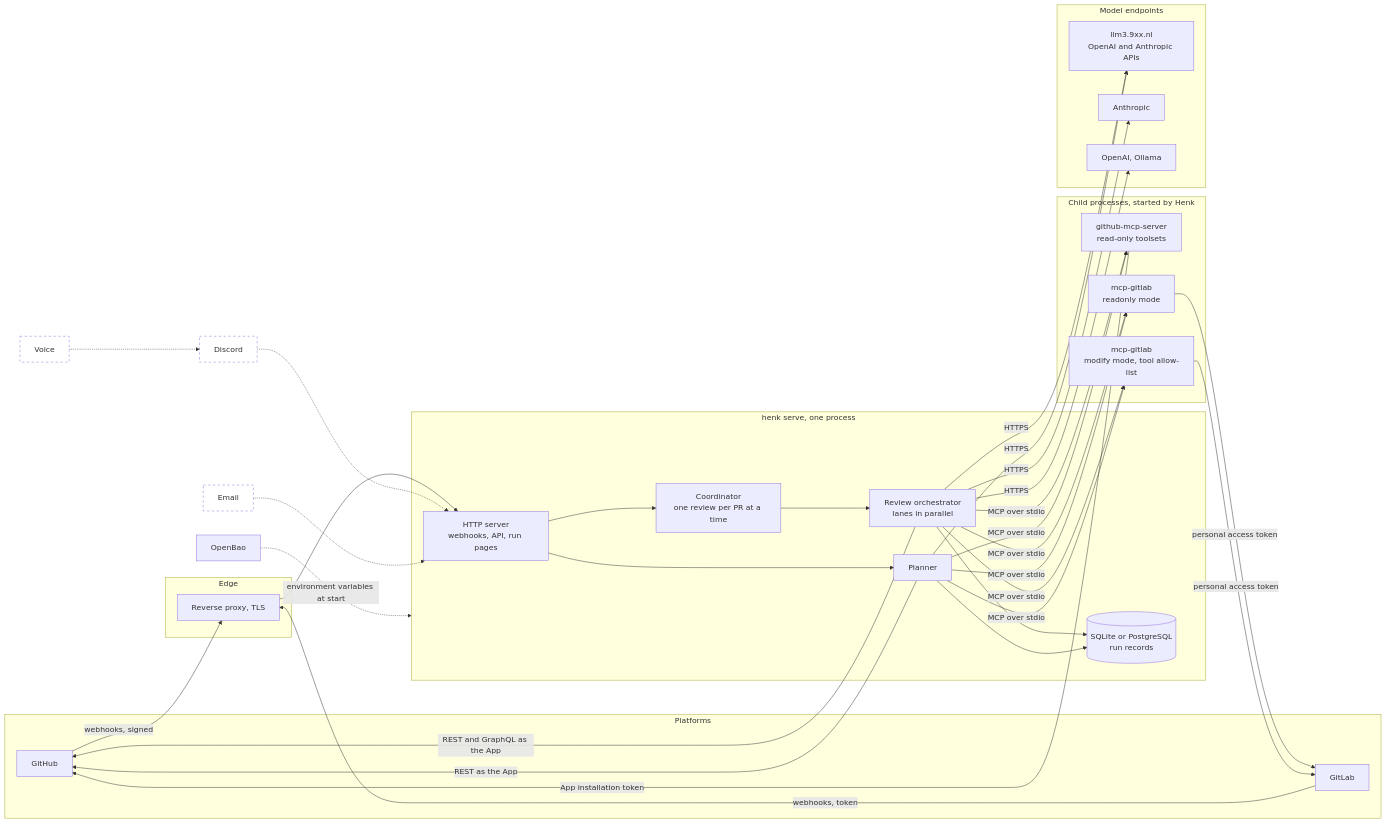
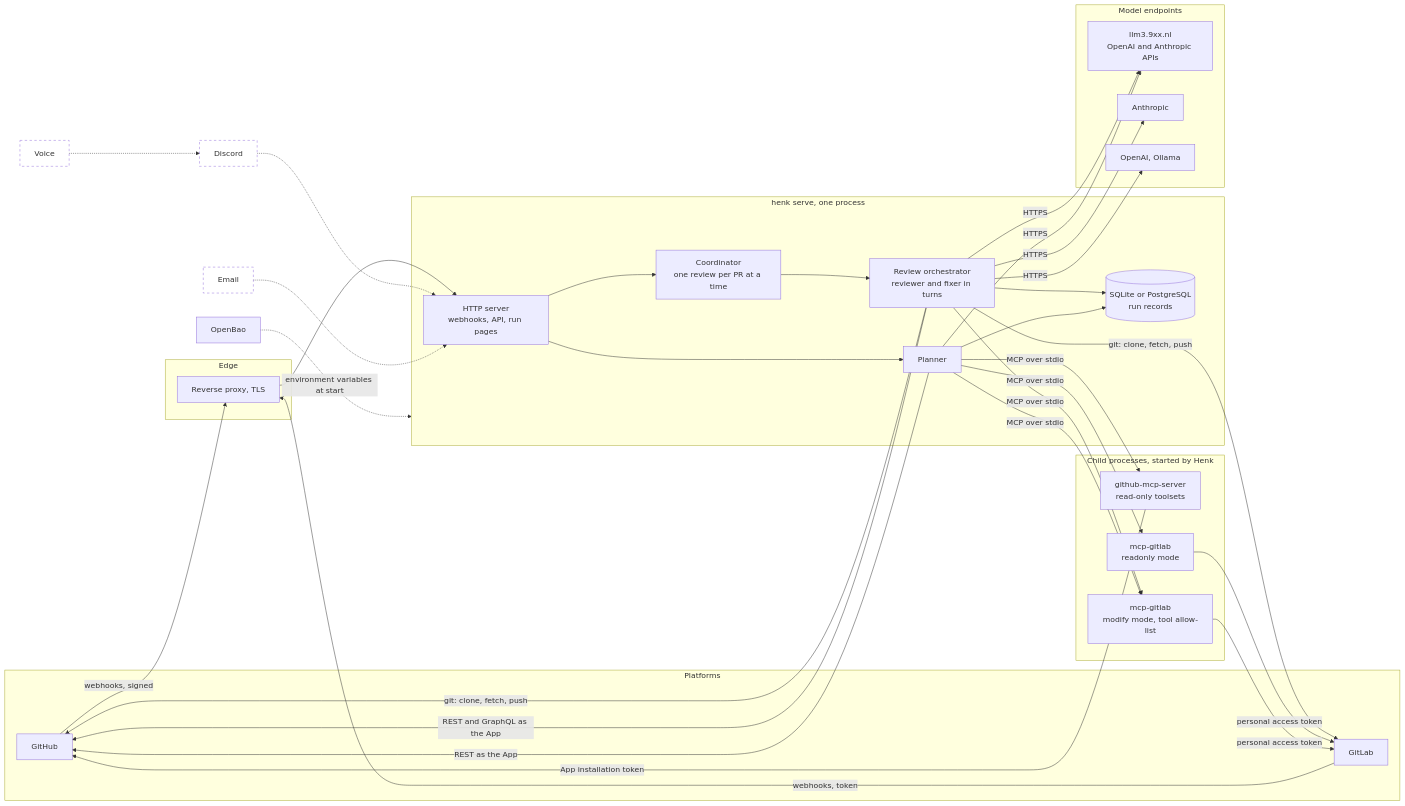
Before and after one commit to StephanMeijer/meneerhenk: the first of 11 diagrams in ARCHITECTURE.md, drawn with Mermaid. The commit also changed other lines of this file and 4 other files, not shown here.

First line of the commit message:
docs: the review is the reviewer↔fixer loop; lanes and the fact-check are history

````diff
--- a/ARCHITECTURE.md
+++ b/ARCHITECTURE.md
@@ -20,61 +20,61 @@
 ```mermaid
 flowchart LR
     subgraph platforms["Platforms"]
         GH["GitHub"]
         GL["GitLab"]
     end
     subgraph edge["Edge"]
         RP["Reverse proxy, TLS"]
     end
     subgraph process["henk serve, one process"]
         SRV["HTTP server<br/>webhooks, API, run pages"]
         COORD["Coordinator<br/>one review per PR at a time"]
-        REV["Review orchestrator<br/>lanes in parallel"]
+        REV["Review orchestrator<br/>reviewer and fixer in turns"]
         PLAN["Planner"]
         DB[("SQLite or PostgreSQL<br/>run records")]
     end
     subgraph children["Child processes, started by Henk"]
         GHR["github-mcp-server<br/>read-only toolsets"]
         GLR["mcp-gitlab<br/>readonly mode"]
         GLW["mcp-gitlab<br/>modify mode, tool allow-list"]
     end
     subgraph models["Model endpoints"]
         PROXY["llm3.9xx.nl<br/>OpenAI and Anthropic APIs"]
         ANTH["Anthropic"]
         OTHER["OpenAI, Ollama"]
     end
     BAO["OpenBao"]
     DISC["Discord"]:::later
     MAIL["Email"]:::later
     VOICE["Voice"]:::later
 
     GH -- "webhooks, signed" --> RP
     GL -- "webhooks, token" --> RP
     RP --> SRV
     SRV --> COORD
     COORD --> REV
     SRV --> PLAN
     REV --> DB
     PLAN --> DB
-    REV -- "MCP over stdio" --> GHR
-    REV -- "MCP over stdio" --> GLR
+    REV -- "git: clone, fetch, push" --> GH
+    REV -- "git: clone, fetch, push" --> GL
     PLAN -- "MCP over stdio" --> GHR
     PLAN -- "MCP over stdio" --> GLR
     REV -- "REST and GraphQL as the App" --> GH
     REV -- "MCP over stdio" --> GLW
     PLAN -- "REST as the App" --> GH
     PLAN -- "MCP over stdio" --> GLW
     GHR -- "App installation token" --> GH
     GLR -- "personal access token" --> GL
     GLW -- "personal access token" --> GL
     REV -- "HTTPS" --> PROXY
     REV -- "HTTPS" --> ANTH
     REV -- "HTTPS" --> OTHER
     PLAN -- "HTTPS" --> PROXY
     BAO -. "environment variables at start" .-> process
     DISC -.-> SRV
     MAIL -.-> SRV
     VOICE -.-> DISC
 
     classDef later stroke-dasharray: 5 5,fill:none
 ```
````
